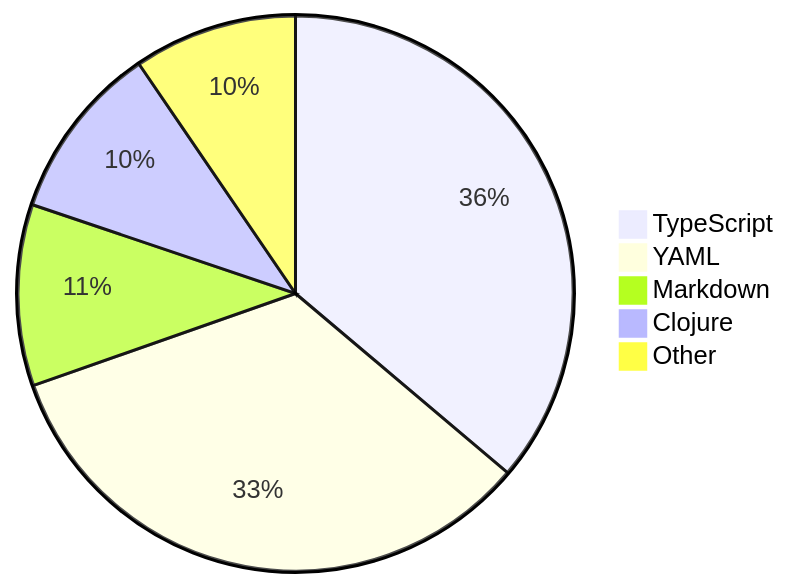
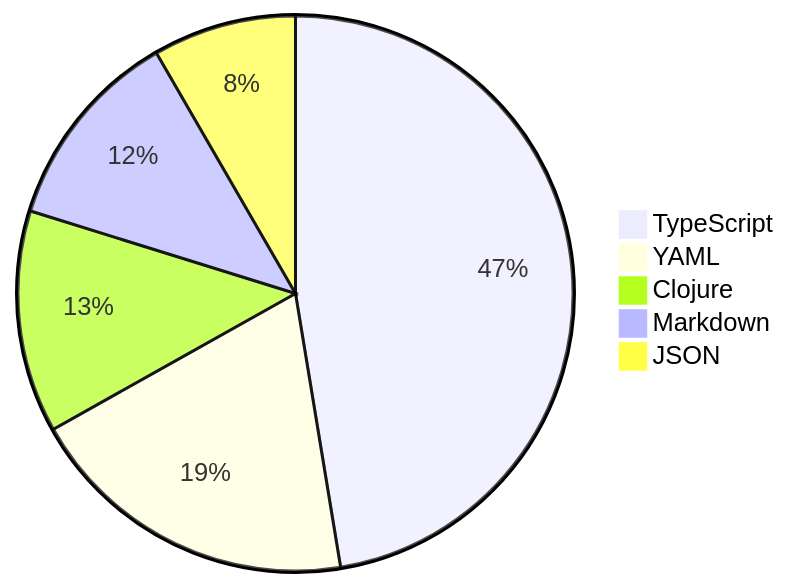
Before and after one commit to skvggor/skvggor: the diagram in README.md, drawn with Mermaid.

Commit message:
Updated waka-readme graph with new metrics

````diff
--- a/README.md
+++ b/README.md
@@ -28,8 +28,8 @@
 ```mermaid
 pie
-    "TypeScript" : 28.1
-    "YAML" : 26.0
-    "Markdown" : 8.2
-    "Clojure" : 8.0
-    "Other" : 7.4
+    "TypeScript" : 39.2
+    "YAML" : 16.1
+    "Clojure" : 10.7
+    "Markdown" : 9.8
+    "JSON" : 6.9
 ```
````
